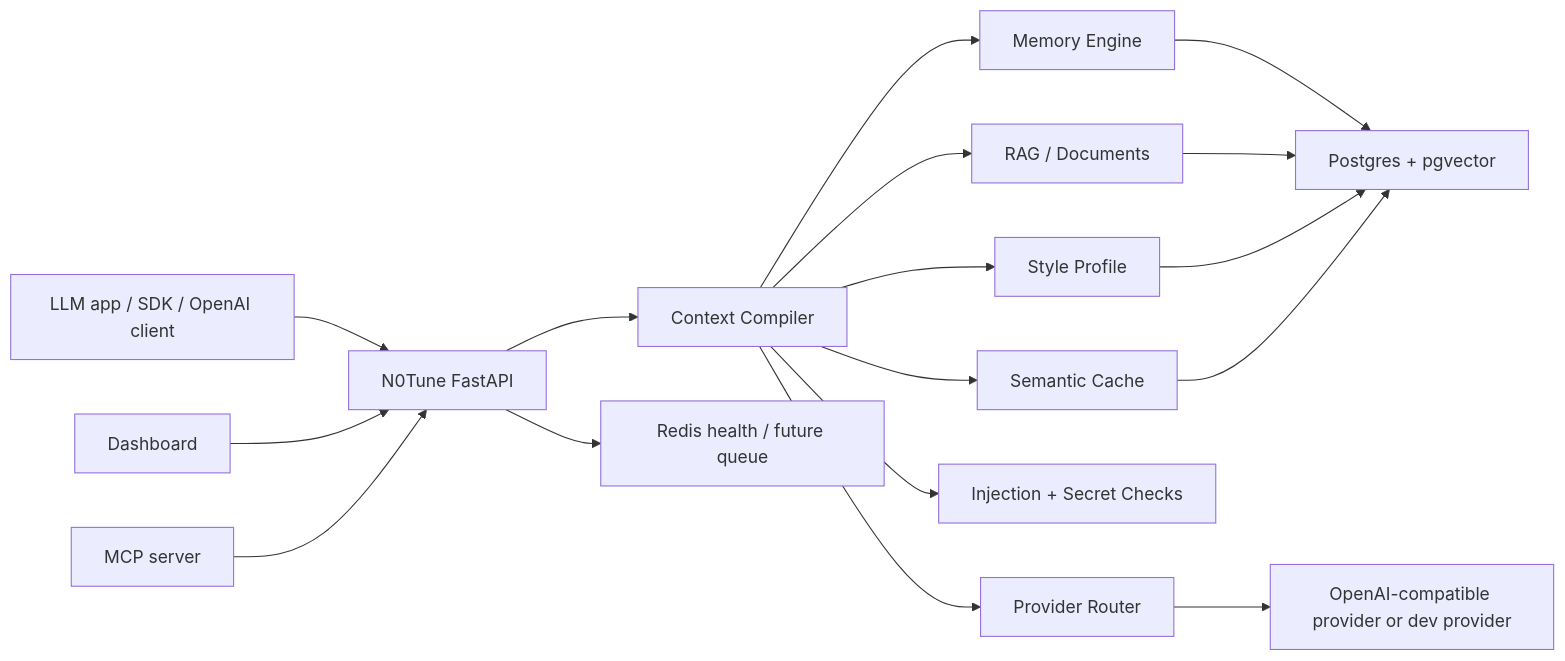
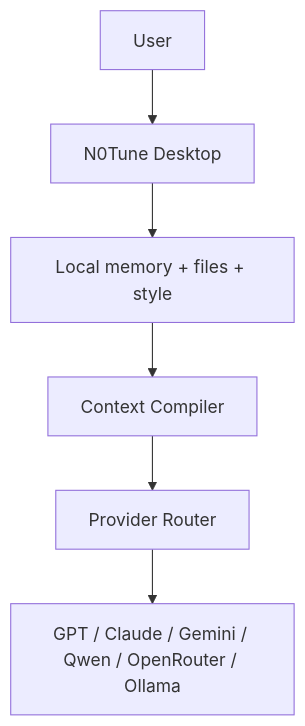
Before and after one commit to MITPOAI/N0Tune: the diagram in README.md, drawn with Mermaid. The commit also changed other lines of this file and 40 other files, not shown here.

````diff
--- a/README.md
+++ b/README.md
@@ -38,19 +60,8 @@
 ```mermaid
-flowchart LR
-    App["LLM app / SDK / OpenAI client"] --> API["N0Tune FastAPI"]
-    Dashboard["Dashboard"] --> API
-    MCP["MCP server"] --> API
-    API --> Compiler["Context Compiler"]
-    Compiler --> Memory["Memory Engine"]
-    Compiler --> Docs["RAG / Documents"]
-    Compiler --> Style["Style Profile"]
-    Compiler --> Cache["Semantic Cache"]
-    Compiler --> Security["Injection + Secret Checks"]
-    Compiler --> Provider["Provider Router"]
-    Memory --> Postgres["Postgres + pgvector"]
-    Docs --> Postgres
-    Style --> Postgres
-    Cache --> Postgres
-    API --> Redis["Redis health / future queue"]
-    Provider --> LLM["OpenAI-compatible provider or dev provider"]
+flowchart TD
+    User["User"] --> Desktop["N0Tune Desktop"]
+    Desktop --> Local["Local memory + files + style"]
+    Local --> Compiler["Context Compiler"]
+    Compiler --> Router["Provider Router"]
+    Router --> Models["GPT / Claude / Gemini / Qwen / OpenRouter / Ollama"]
 ```
````
